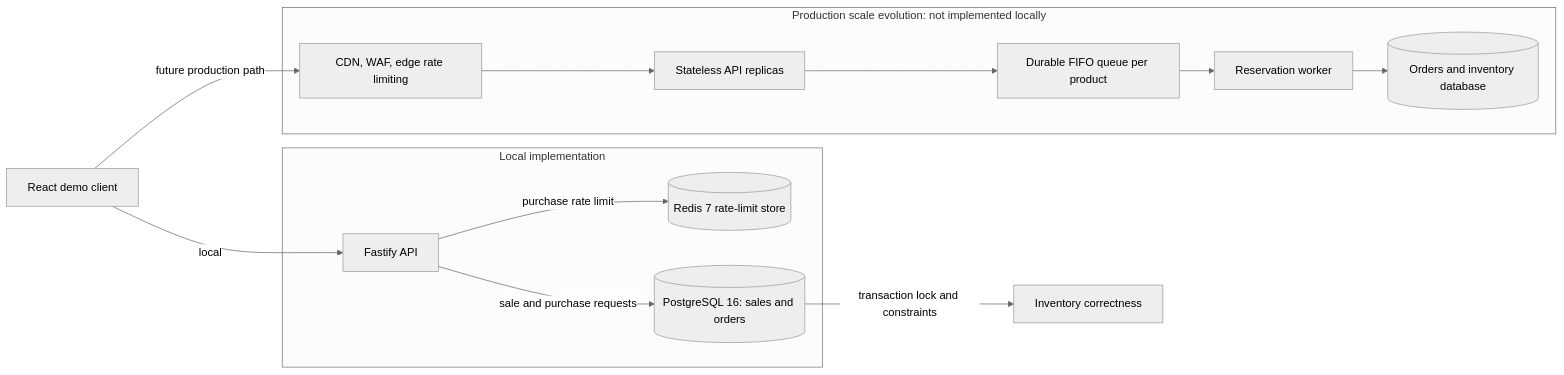
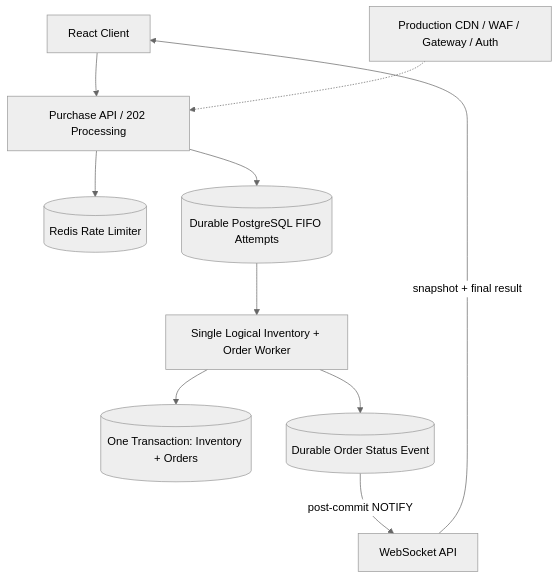
The diagram in docs/system-diagram.mmd (yogahermawan/flash-sale-test), drawn with Mermaid (neutral theme) before and after one commit. The commit also changed 34 other files, not shown here.

Commit message:
Implement durable FIFO purchases with WebSocket results

```diff
--- a/docs/system-diagram.mmd
+++ b/docs/system-diagram.mmd
@@ -1,24 +1,10 @@
-flowchart LR
-  Client["React demo client"]
-
-  subgraph Local["Local implementation"]
-    API["Fastify API"]
-    Redis[("Redis 7 rate-limit store")]
-    Postgres[("PostgreSQL 16: sales and orders")]
-    API -->|purchase rate limit| Redis
-    API -->|sale and purchase requests| Postgres
-  end
-
-  Client -->|local| API
-  Postgres -->|transaction lock and constraints| Inventory["Inventory correctness"]
-
-  subgraph Production["Production scale evolution: not implemented locally"]
-    Edge["CDN, WAF, edge rate limiting"]
-    Replicas["Stateless API replicas"]
-    Queue["Durable FIFO queue per product"]
-    Worker["Reservation worker"]
-    ProductionDB[("Orders and inventory database")]
-    Edge --> Replicas --> Queue --> Worker --> ProductionDB
-  end
-
-  Client -->|future production path| Edge
+flowchart TD
+  Client[React Client] --> API[Purchase API / 202 Processing]
+  API --> Redis[(Redis Rate Limiter)]
+  API --> Queue[(Durable PostgreSQL FIFO Attempts)]
+  Queue --> Worker[Single Logical Inventory + Order Worker]
+  Worker --> DB[(One Transaction: Inventory + Orders)]
+  Worker --> Events[(Durable Order Status Event)]
+  Events -->|post-commit NOTIFY| WS[WebSocket API]
+  WS -->|snapshot + final result| Client
+  Edge[Production CDN / WAF / Gateway / Auth] -.-> API
```
